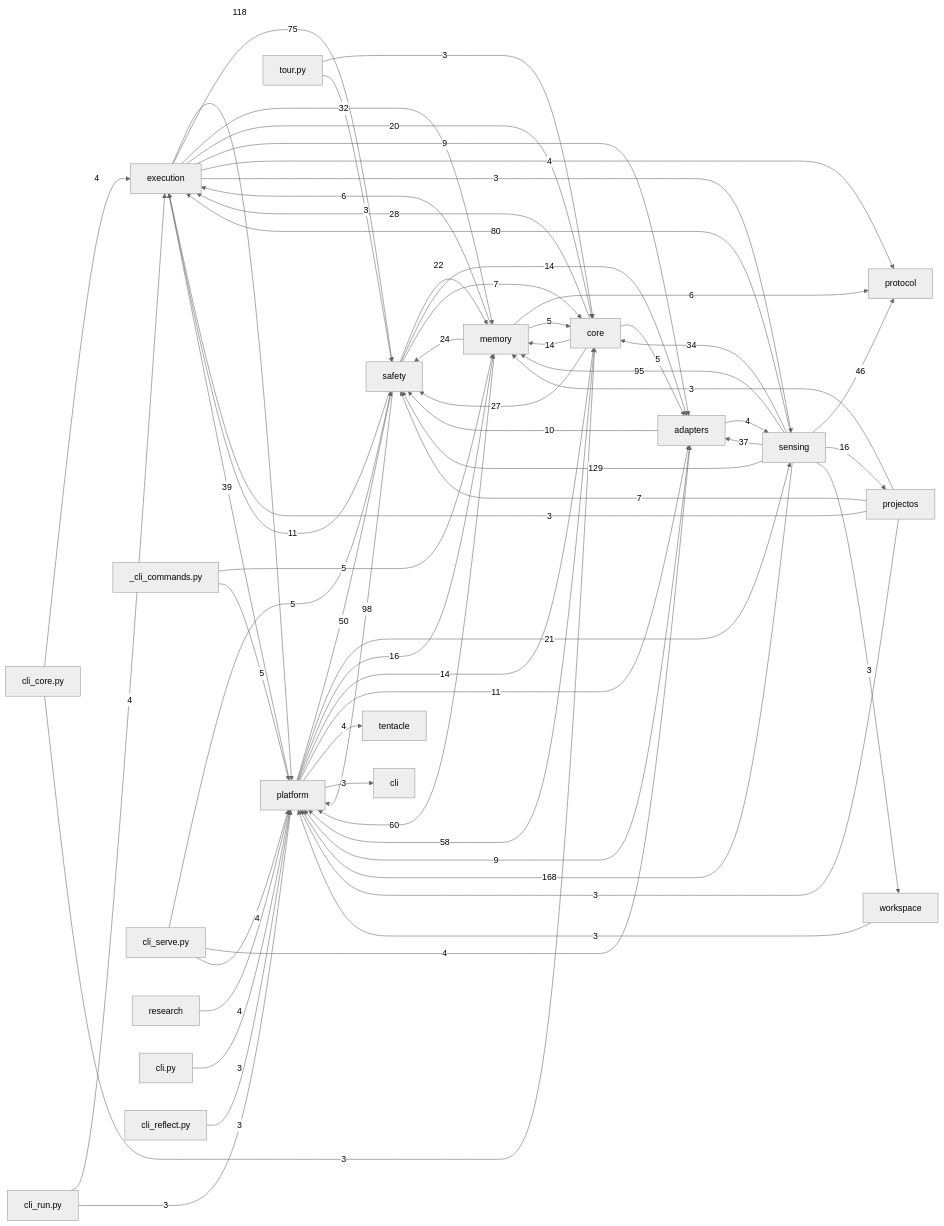
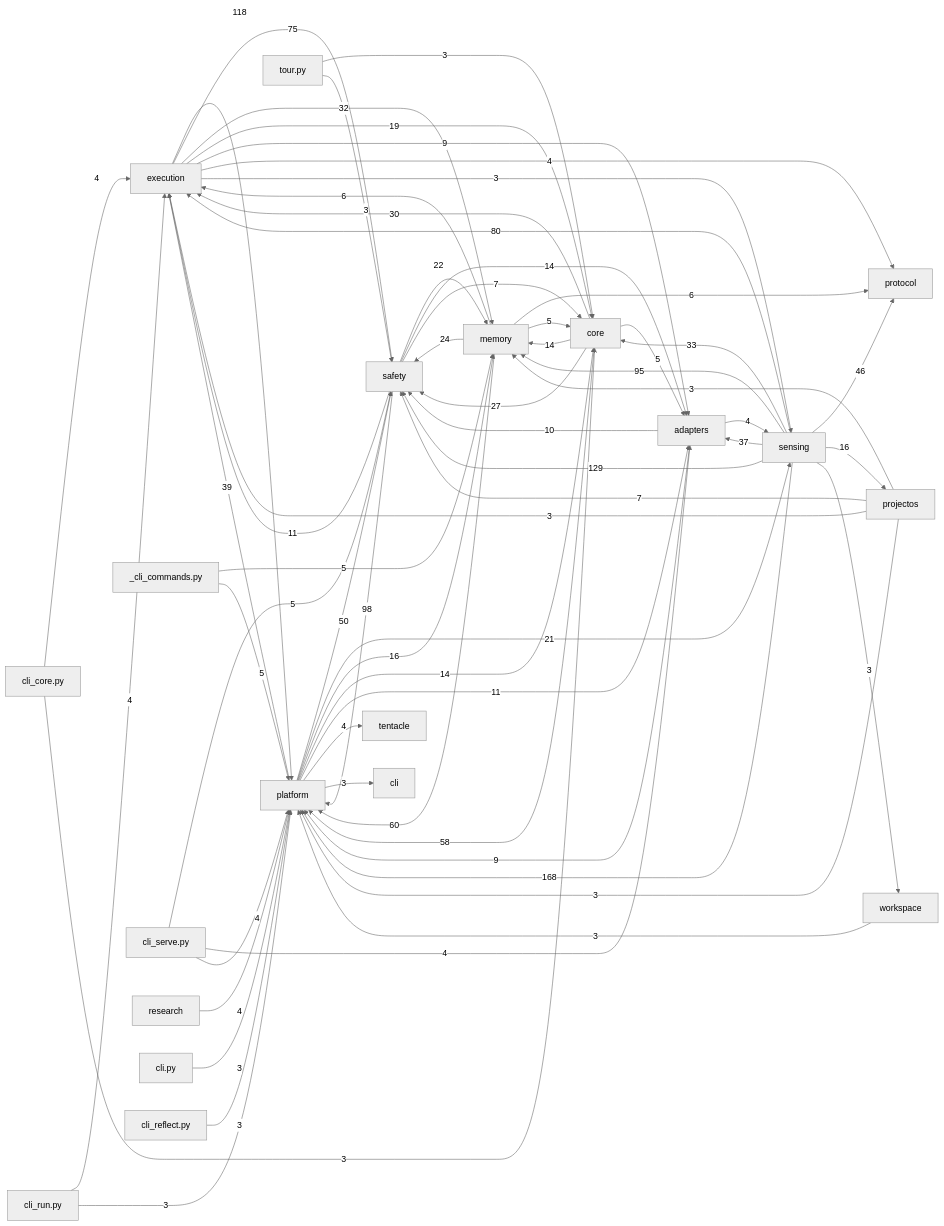
Before and after one commit to dengdenghua/octopus-os: the diagram in docs/auto/20-backend/index.md, drawn with Mermaid (neutral theme). The commit also changed 169 other files, not shown here.

````diff
--- a/docs/auto/20-backend/index.md
+++ b/docs/auto/20-backend/index.md
@@ -19,71 +19,71 @@
 ```mermaid
 graph LR
   execution[execution]
   core[core]
   safety[safety]
   memory[memory]
   sensing[sensing]
   adapters[adapters]
   platform[platform]
   sensing -- 168 --> platform
   sensing -- 129 --> safety
   execution -- 118 --> platform
   safety -- 98 --> platform
   sensing -- 95 --> memory
   sensing -- 80 --> execution
   execution -- 75 --> safety
   memory -- 60 --> platform
   core -- 58 --> platform
   platform -- 50 --> safety
   sensing -- 46 --> protocol
   platform -- 39 --> execution
   sensing -- 37 --> adapters
-  sensing -- 34 --> core
+  sensing -- 33 --> core
   execution -- 32 --> memory
-  core -- 28 --> execution
+  core -- 30 --> execution
   core -- 27 --> safety
   memory -- 24 --> safety
   safety -- 22 --> memory
   platform -- 21 --> sensing
-  execution -- 20 --> core
+  execution -- 19 --> core
   platform -- 16 --> memory
   sensing -- 16 --> projectos
   core -- 14 --> memory
   platform -- 14 --> core
   safety -- 14 --> adapters
   platform -- 11 --> adapters
   safety -- 11 --> execution
   adapters -- 10 --> safety
   adapters -- 9 --> platform
   execution -- 9 --> adapters
   projectos -- 7 --> safety
   safety -- 7 --> core
   memory -- 6 --> execution
   memory -- 6 --> protocol
   _cli_commands.py -- 5 --> memory
   _cli_commands.py -- 5 --> platform
   cli_serve.py -- 5 --> safety
   core -- 5 --> adapters
   memory -- 5 --> core
   adapters -- 4 --> sensing
   cli_core.py -- 4 --> execution
   cli_run.py -- 4 --> execution
   cli_serve.py -- 4 --> adapters
   cli_serve.py -- 4 --> platform
   execution -- 4 --> protocol
   platform -- 4 --> tentacle
   research -- 4 --> platform
   cli.py -- 3 --> platform
   cli_core.py -- 3 --> core
   cli_reflect.py -- 3 --> platform
   cli_run.py -- 3 --> platform
   execution -- 3 --> sensing
   platform -- 3 --> cli
   projectos -- 3 --> execution
   projectos -- 3 --> memory
   projectos -- 3 --> platform
   sensing -- 3 --> workspace
   tour.py -- 3 --> core
   tour.py -- 3 --> safety
   workspace -- 3 --> platform
 ```
````
